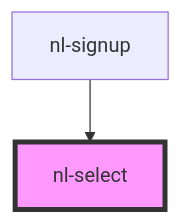
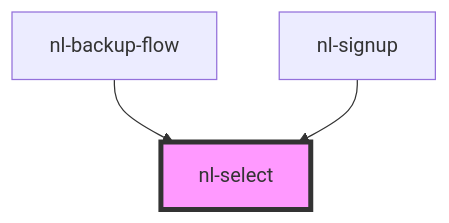
Before and after one commit to nostrband/nostr-login: the diagram in packages/components/src/components/nl-select/readme.md, drawn with Mermaid. The commit also changed other lines of this file and 31 other files, not shown here.

Commit message:
Add local signup flow

````diff
--- a/packages/components/src/components/nl-select/readme.md
+++ b/packages/components/src/components/nl-select/readme.md
@@ -30,5 +31,6 @@
 ```mermaid
 graph TD;
+  nl-backup-flow --> nl-select
   nl-signup --> nl-select
   style nl-select fill:#f9f,stroke:#333,stroke-width:4px
 ```
````
